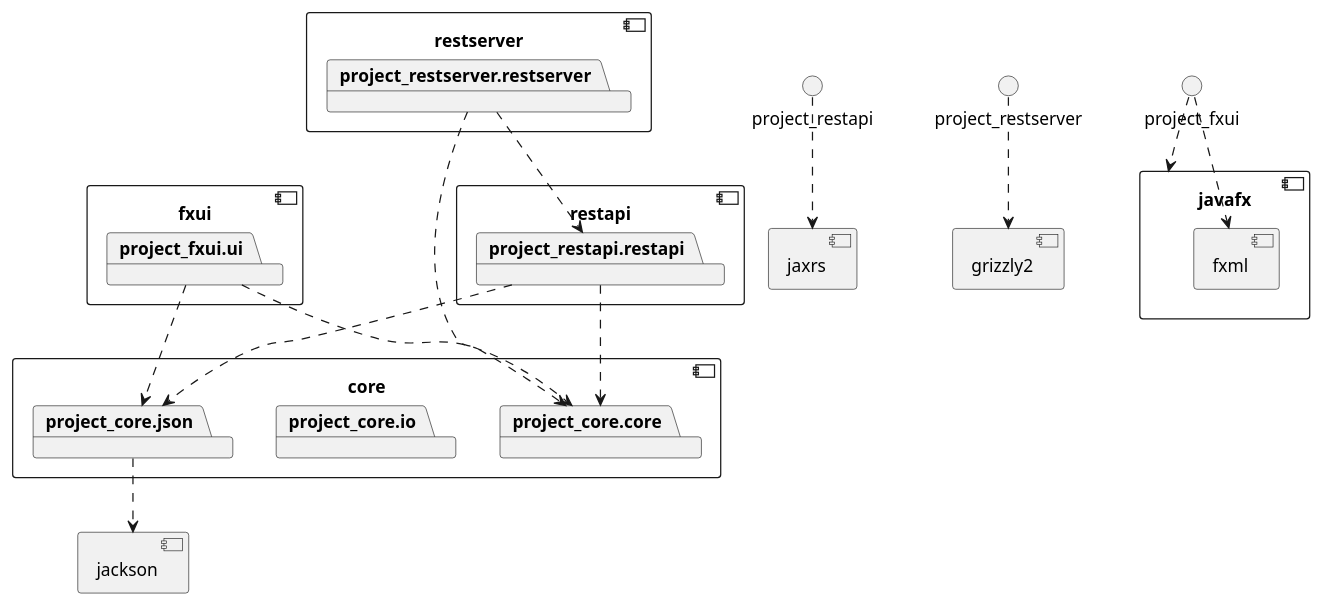
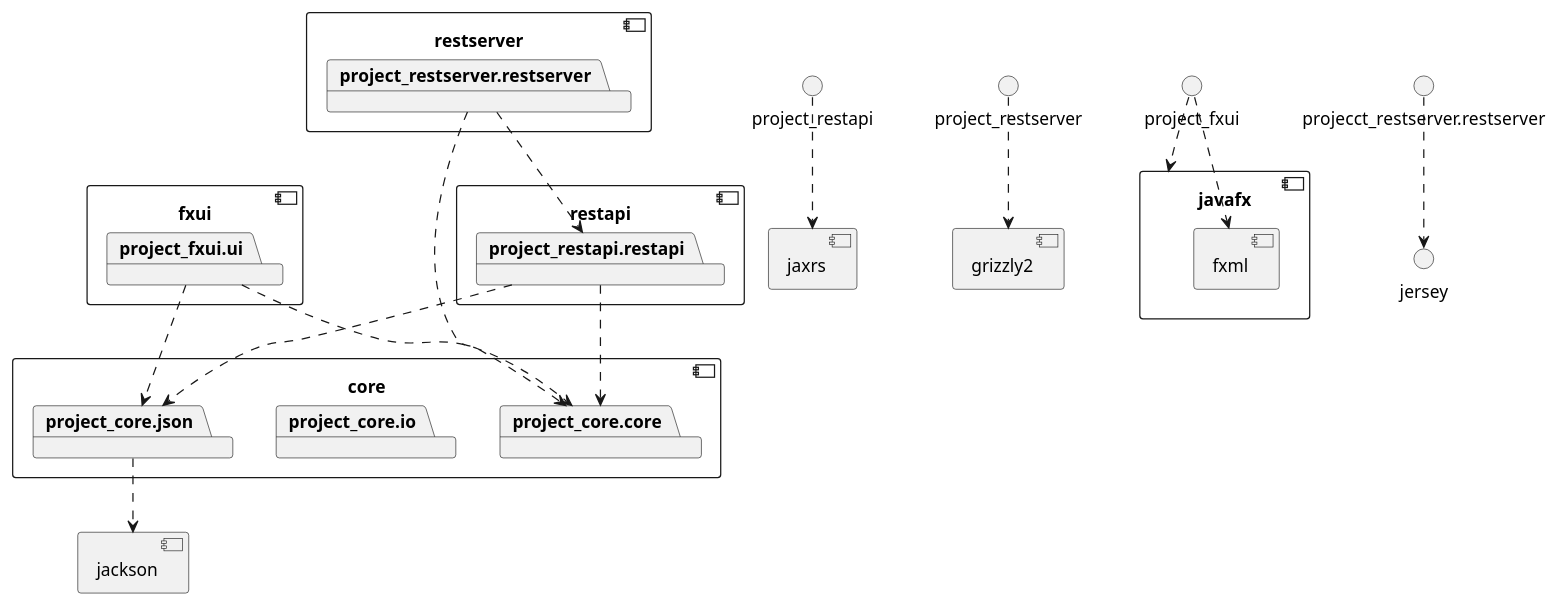
The diagram in project/readme.md (ErlendMariusOmmundsen/Messaging-App), drawn with PlantUML before and after one commit.

Commit message:
#33 - work on diagram

````diff
--- a/project/readme.md
+++ b/project/readme.md
@@ -98,52 +98,54 @@
 ```plantuml
 
 component core {
 	package project_core.core
 	package project_core.io
 	package project_core.json
 }
 
 component jackson {
 }
 
 project_core.json ..> jackson
 
 component fxui {
 	package project_fxui.ui
 }
 
 project_fxui.ui ..> project_core.core
 project_fxui.ui ..> project_core.json
 
 component restapi {
 	package project_restapi.restapi
 }
 
 component javafx {
 	component fxml {
 	}
 }
 
 project_fxui ..> javafx
 project_fxui ..> fxml
 
 project_restapi.restapi ..> project_core.core
 project_restapi.restapi ..> project_core.json
 
 component jaxrs {
 }
 
 project_restapi ..> jaxrs
 
 component restserver {
 	package project_restserver.restserver
 }
 
 project_restserver.restserver ..> project_core.core
 project_restserver.restserver ..> project_restapi.restapi
 
 component grizzly2 {
 }
 
+projecct_restserver.restserver ..> jersey
 project_restserver ..> grizzly2
+
 ```
````
